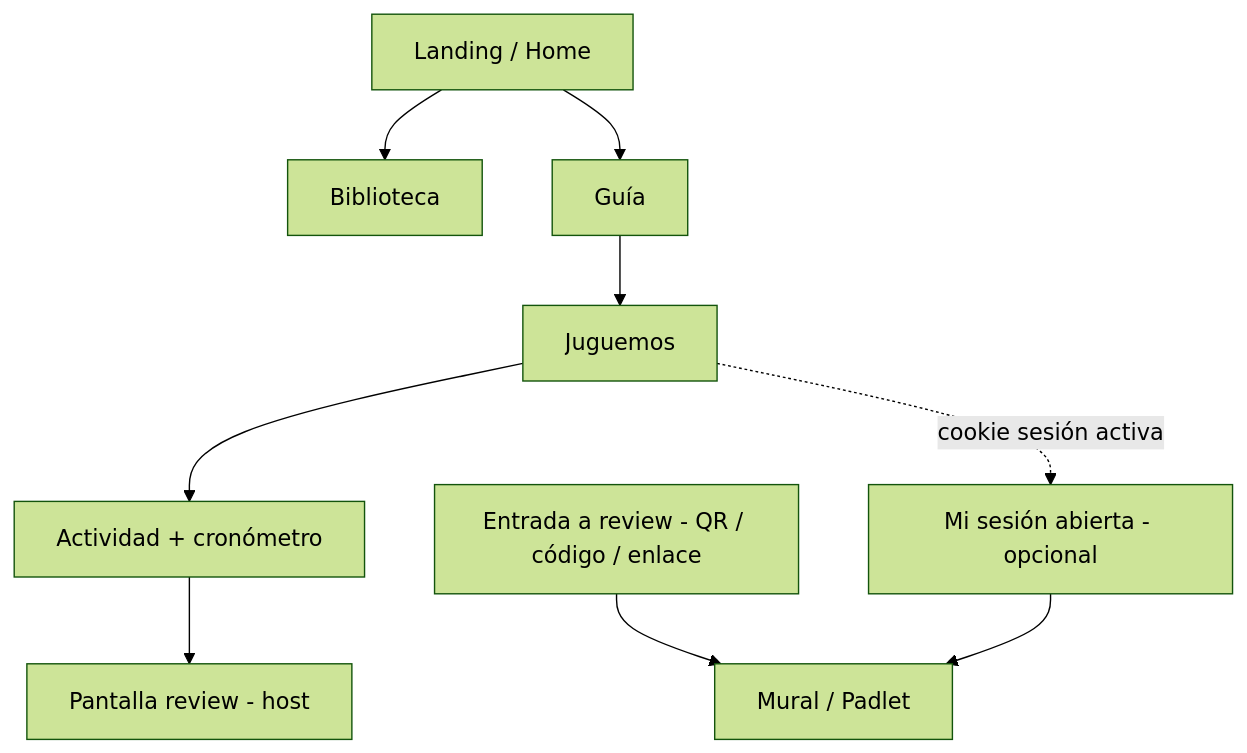
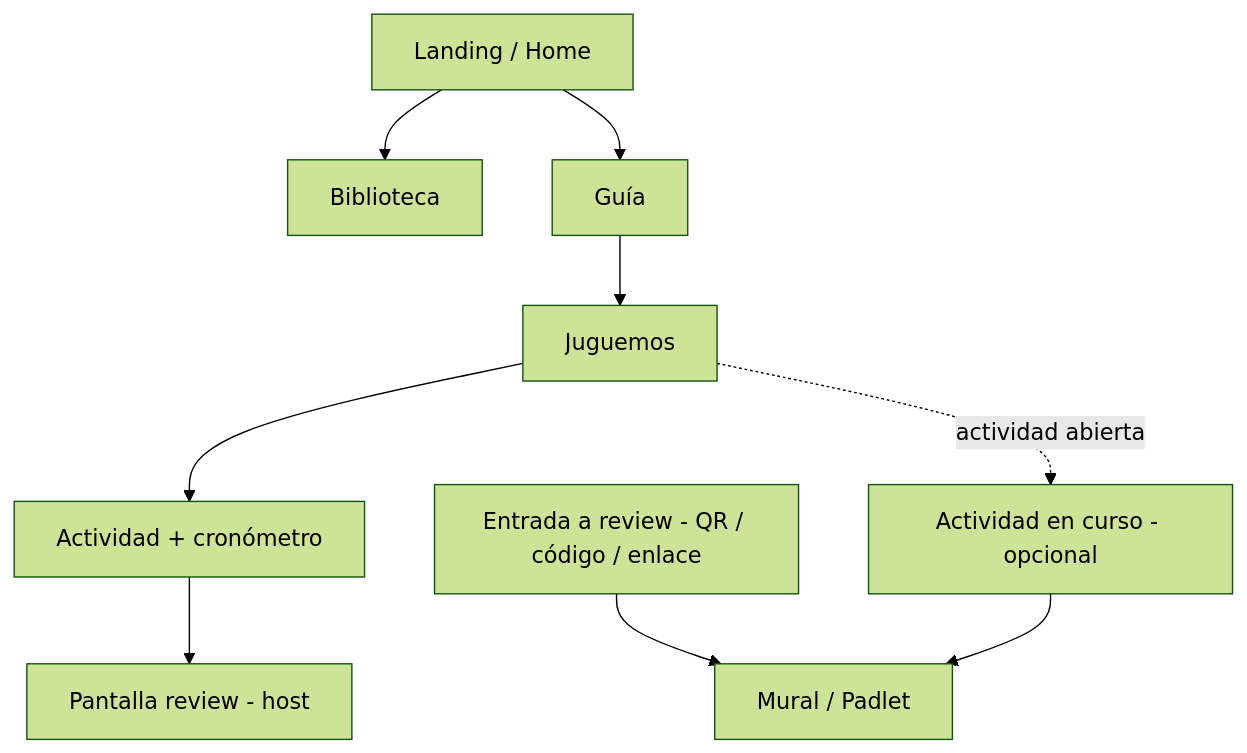
One commit to JosthinAyonC/chapterquest-serverless-app changed the first of 4 diagrams in docs/ProductSpec.md. Above: the diagram before and after it, drawn with Mermaid (forest theme). The commit also changed other lines of this file and 9 other files, not shown here.

Commit message:
docs: update README, architecture, and product specifications to clarify role play activities and guest profile functionality without login

````diff
--- a/docs/ProductSpec.md
+++ b/docs/ProductSpec.md
@@ -43,18 +72,18 @@
 ```mermaid
 flowchart TD
   landing[Landing / Home]
   library[Biblioteca]
   guide[Guía]
   play[Juguemos]
-  sessionPanel[Mi sesión abierta - opcional]
+  activityPanel[Actividad en curso - opcional]
   reviewEntry[Entrada a review - QR / código / enlace]
 
   landing --> library
   landing --> guide
   guide --> play
   play --> timer[Actividad + cronómetro]
   timer --> reviewHost[Pantalla review - host]
   reviewEntry --> reviewBoard[Mural / Padlet]
-  sessionPanel --> reviewBoard
-  play -.->|cookie sesión activa| sessionPanel
+  activityPanel --> reviewBoard
+  play -.->|actividad abierta| activityPanel
 ```
````
